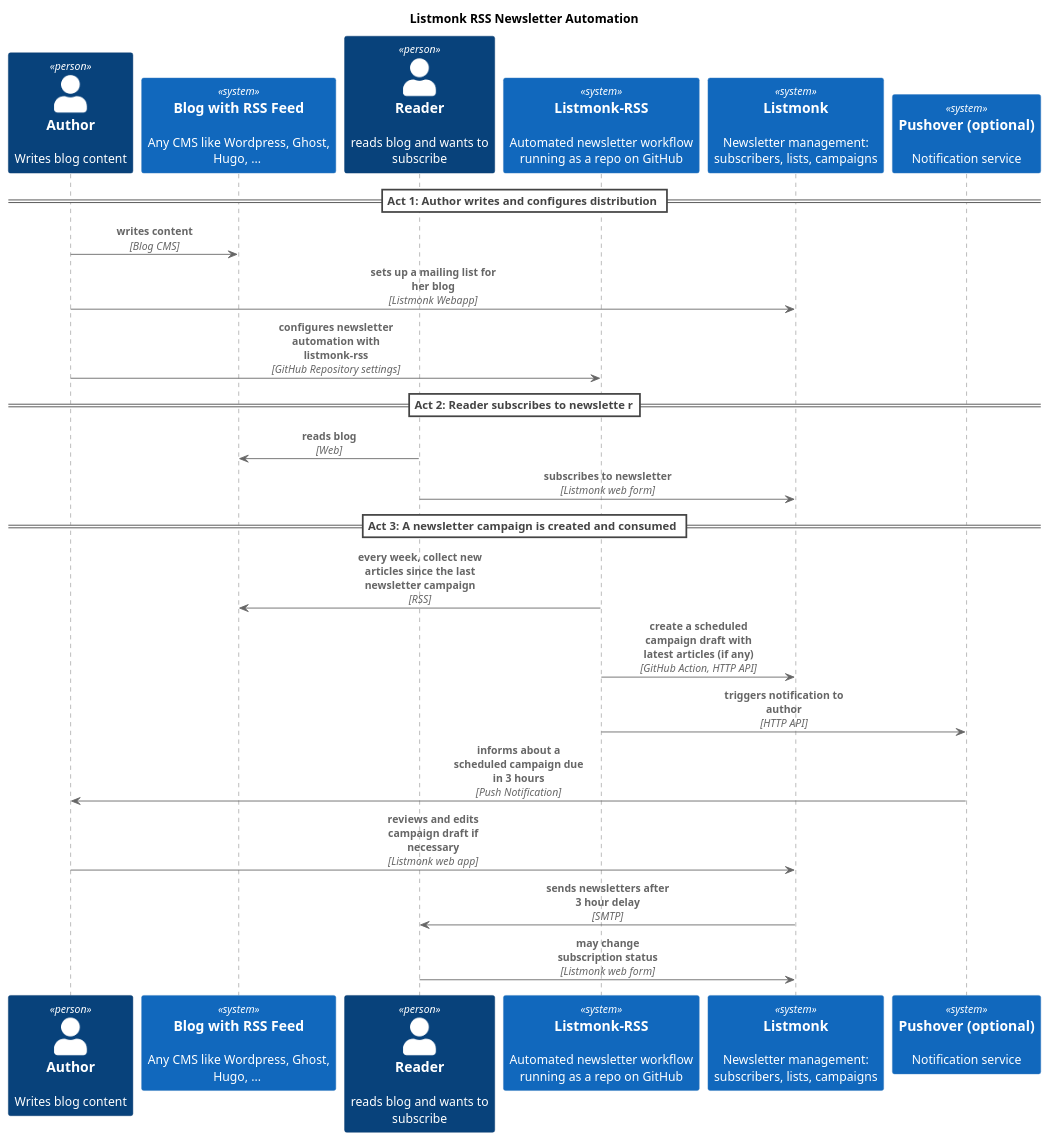
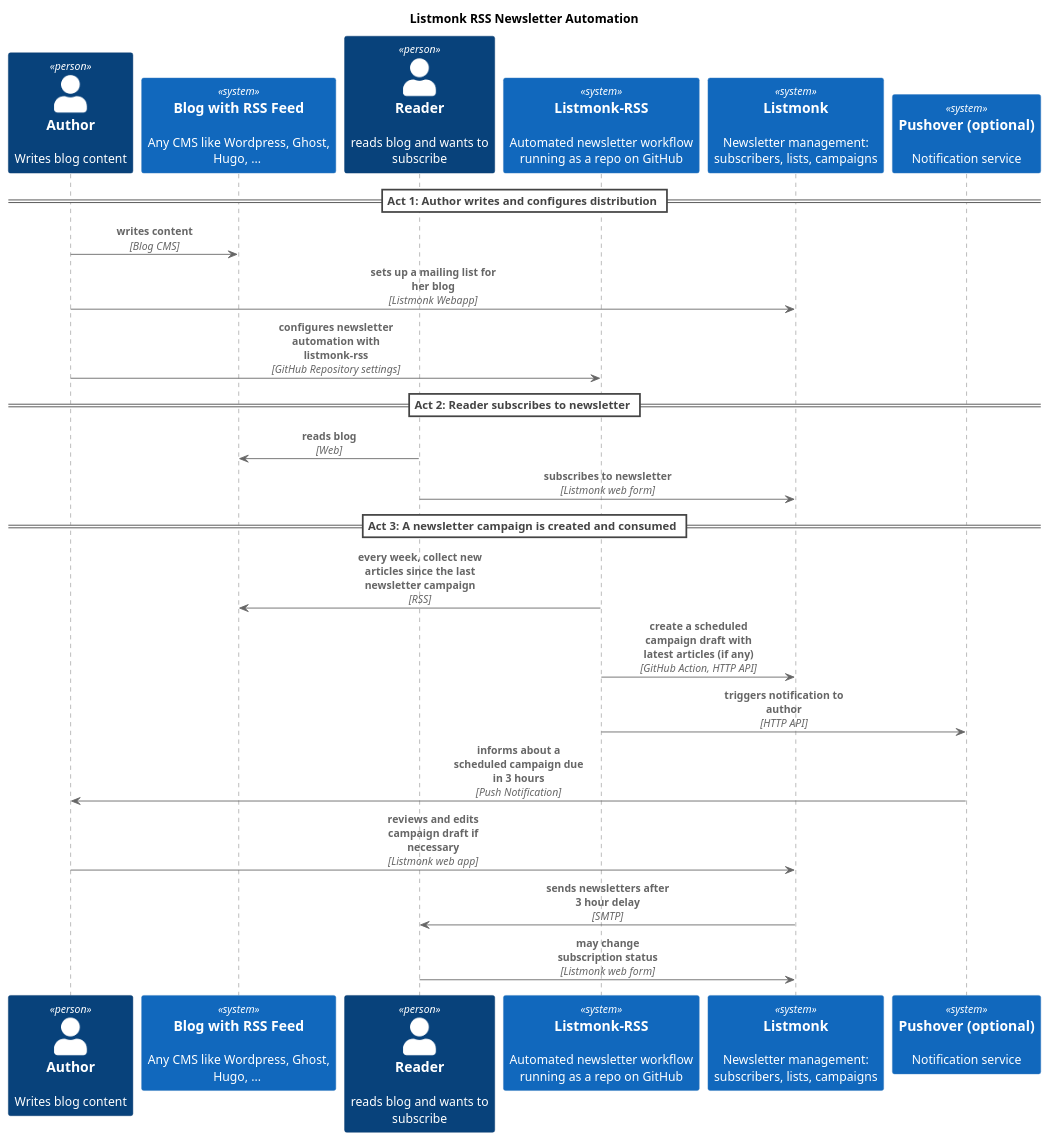
The diagram in assets/C4/sequence_diagram.puml (ping13/listmonk-rss), drawn with PlantUML before and after one commit. The commit also changed 1 other file, not shown here.

Commit message:
docs: Fix typo in sequence diagram documentation

```diff
--- a/assets/C4/sequence_diagram.puml
+++ b/assets/C4/sequence_diagram.puml
@@ -1,40 +1,40 @@
 @startuml
 !include https://raw.githubusercontent.com/plantuml-stdlib/C4-PlantUML/master/C4_Sequence.puml
 
 title Listmonk RSS Newsletter Automation 
 
 SHOW_ELEMENT_DESCRIPTIONS()
 SHOW_FOOT_BOXES()
 
 ' Define actors and systems
 Person(author, "Author", "Writes blog content")
 System(blog, "Blog with RSS Feed", "Any CMS like Wordpress, Ghost, Hugo, ... ")
 Person(subscriber, "Reader", "reads blog and wants to subscribe")
 System(newsletter, "Listmonk-RSS", "Automated newsletter workflow running as a repo on GitHub")
 System(listmonk, "Listmonk", "Newsletter management: subscribers, lists, campaigns")
 System(pushover, "Pushover (optional)", "Notification service")
 
 
 ' Seqeunce as relationships
 == Act 1: Author writes and configures distribution ==
 
 Rel(author, blog, "writes content", "Blog CMS")
 Rel(author, listmonk, "sets up a mailing list for her blog", "Listmonk Webapp")
 Rel(author, newsletter, "configures newsletter automation with listmonk-rss", "GitHub Repository settings")
 
-== Act 2: Reader subscribes to newslette r==
+== Act 2: Reader subscribes to newsletter ==
 
 Rel(subscriber, blog, "reads blog", "Web")
 Rel(subscriber, listmonk, "subscribes to newsletter", "Listmonk web form")
 
 == Act 3: A newsletter campaign is created and consumed ==
 
 Rel(newsletter, blog, "every week, collect new articles since the last newsletter campaign", "RSS")
 Rel(newsletter, listmonk, "create a scheduled campaign draft with latest articles (if any)", "GitHub Action, HTTP API")
 Rel(newsletter, pushover, "triggers notification to author", "HTTP API")
 Rel(pushover, author, "informs about a scheduled campaign due in 3 hours", "Push Notification")
 Rel(author, listmonk, "reviews and edits campaign draft if necessary", "Listmonk web app")
 Rel(listmonk, subscriber, "sends newsletters after 3 hour delay", "SMTP")
 Rel(subscriber, listmonk, "may change subscription status", "Listmonk web form")
 
 @enduml
```
